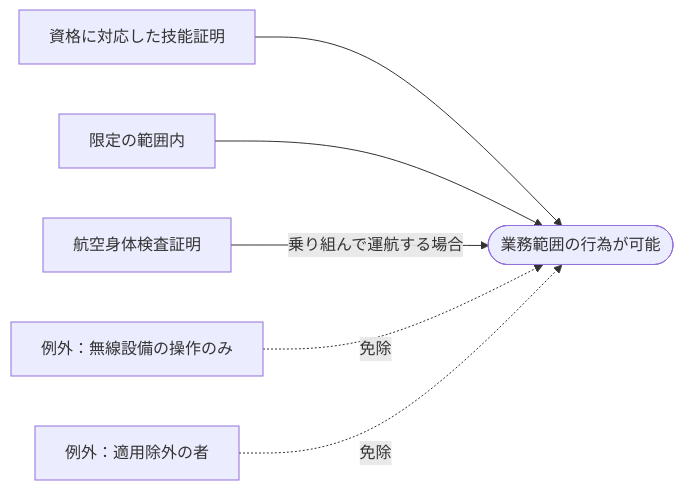
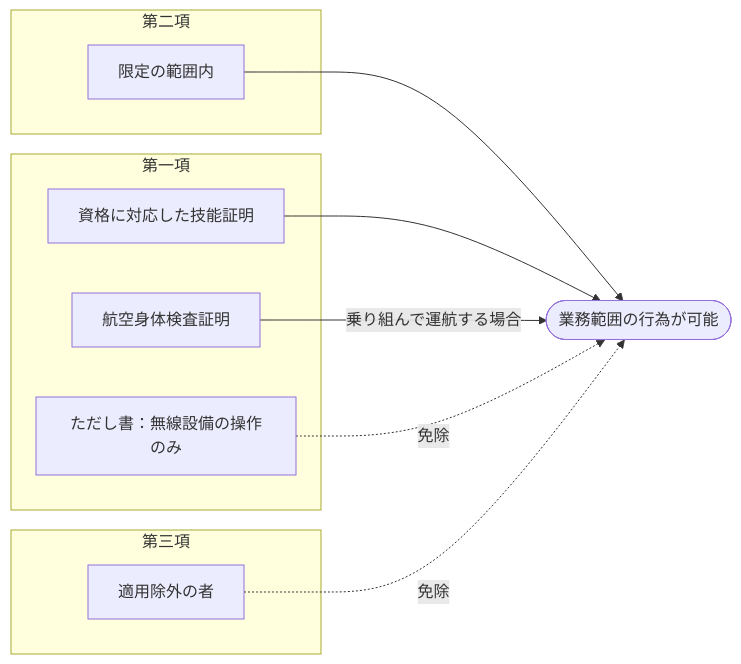
One commit to yonemotoBB/pil changed the second of 4 diagrams in chapters/04_第四章.md. Above: the diagram before and after it, drawn with Mermaid. The commit also changed other lines of this file, not shown here.

First line of the commit message:
Group Article 28 condition flow by paragraph via subgraphs

````diff
--- a/chapters/04_第四章.md
+++ b/chapters/04_第四章.md
@@ -140,11 +251,21 @@
 ```mermaid
 flowchart LR
-    K["資格に対応した技能証明"]
-    M["航空身体検査証明"]
-    G["限定の範囲内"]
+    subgraph 第一項
+        K["資格に対応した技能証明"]
+        M["航空身体検査証明"]
+        EX1["ただし書：無線設備の操作のみ"]
+    end
+
+    subgraph 第二項
+        G["限定の範囲内"]
+    end
+
+    subgraph 第三項
+        EX2["適用除外の者"]
+    end
+
     K & G --> P(["業務範囲の行為が可能"])
-    M -- 乗り組んで運航する場合 --> P(["業務範囲の行為が可能"])
-
-    EX1["例外：無線設備の操作のみ"] -. 免除 .-> P
-    EX2["例外：適用除外の者"] -. 免除 .-> P
+    M -- 乗り組んで運航する場合 --> P
+    EX1 -. 免除 .-> P
+    EX2 -. 免除 .-> P
 ```
````
